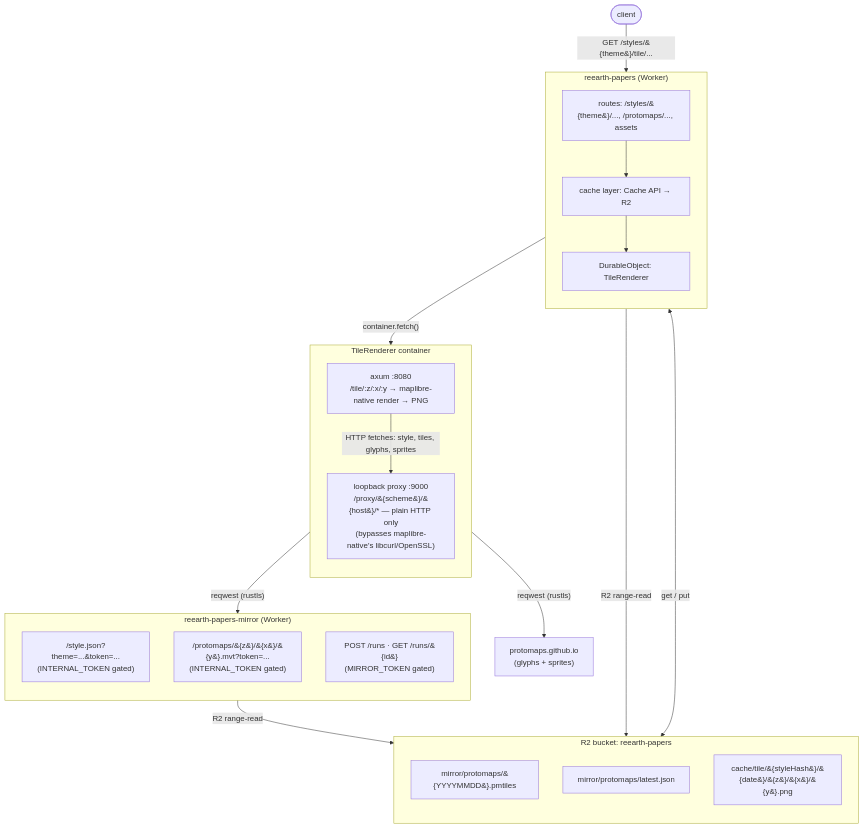
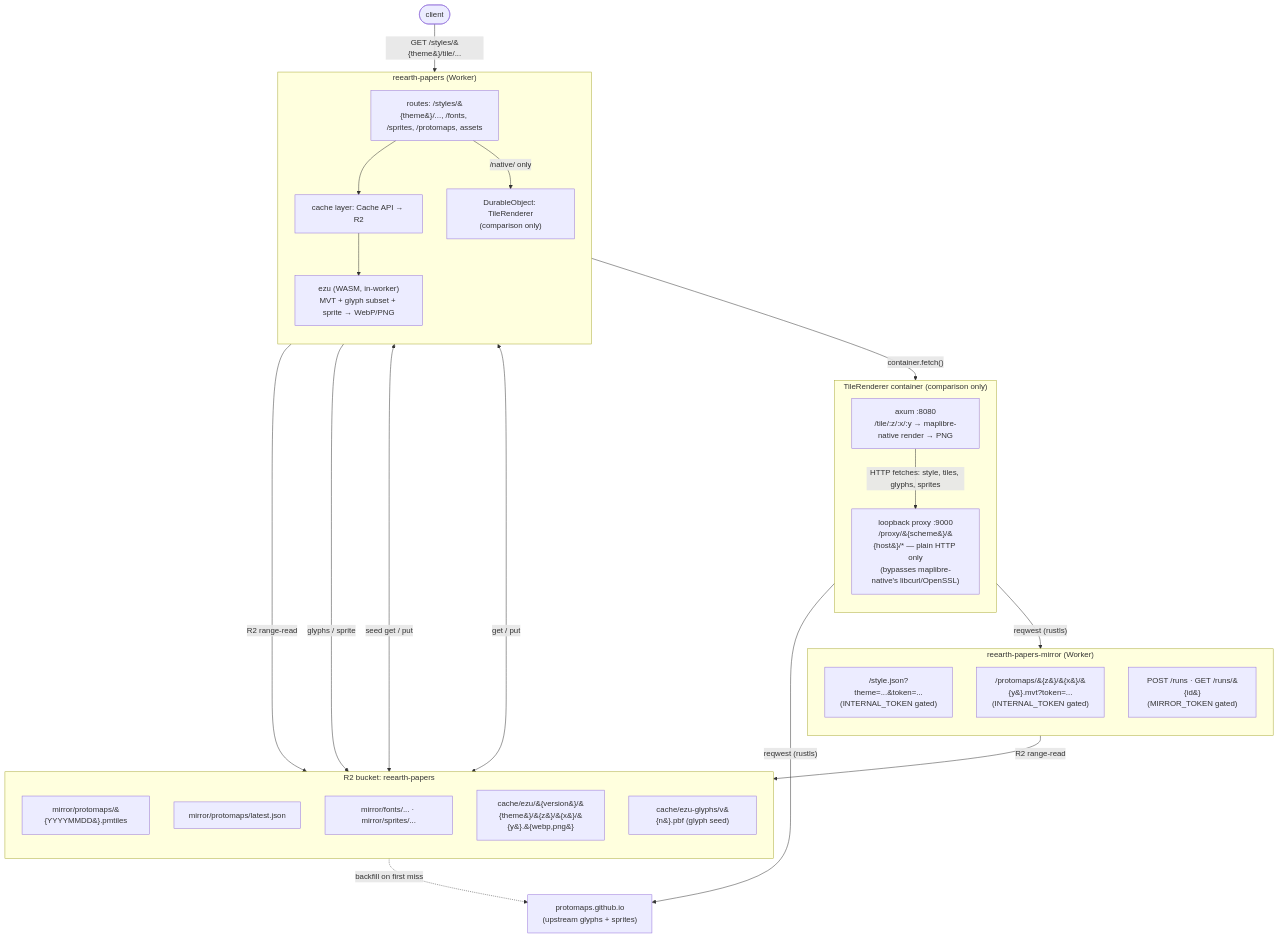
The diagram in CONTRIBUTING.md (reearth/reearth-papers), drawn with Mermaid before and after one commit. The commit also changed other lines of this file and 3 other files, not shown here.

First line of the commit message:
docs: bring the docs in line with the ezu-first cutover

````diff
--- a/CONTRIBUTING.md
+++ b/CONTRIBUTING.md
@@ -9,43 +9,50 @@
 ```mermaid
 flowchart TD
   client([client])
 
   subgraph main["reearth-papers (Worker)"]
     direction TB
-    main_routes["routes: /styles/&#123;theme&#125;/..., /protomaps/..., assets"]
+    main_routes["routes: /styles/&#123;theme&#125;/..., /fonts, /sprites, /protomaps, assets"]
+    ezu["ezu (WASM, in-worker)<br/>MVT + glyph subset + sprite → WebP/PNG"]
     cache["cache layer: Cache API → R2"]
-    do["DurableObject: TileRenderer"]
-    main_routes --> cache --> do
+    do["DurableObject: TileRenderer<br/>(comparison only)"]
+    main_routes --> cache --> ezu
+    main_routes -->|"/native/ only"| do
   end
 
-  subgraph container["TileRenderer container"]
+  subgraph container["TileRenderer container (comparison only)"]
     direction TB
     axum["axum :8080<br/>/tile/:z/:x/:y → maplibre-native render → PNG"]
     proxy["loopback proxy :9000<br/>/proxy/&#123;scheme&#125;/&#123;host&#125;/* — plain HTTP only<br/>(bypasses maplibre-native's libcurl/OpenSSL)"]
     axum -->|"HTTP fetches: style, tiles, glyphs, sprites"| proxy
   end
 
   subgraph mirror["reearth-papers-mirror (Worker)"]
     direction TB
     m_style["/style.json?theme=...&token=...<br/>(INTERNAL_TOKEN gated)"]
     m_v["/protomaps/&#123;z&#125;/&#123;x&#125;/&#123;y&#125;.mvt?token=...<br/>(INTERNAL_TOKEN gated)"]
     m_runs["POST /runs · GET /runs/&#123;id&#125;<br/>(MIRROR_TOKEN gated)"]
   end
 
   subgraph r2["R2 bucket: reearth-papers"]
     direction TB
     r2_archive["mirror/protomaps/&#123;YYYYMMDD&#125;.pmtiles"]
     r2_pointer["mirror/protomaps/latest.json"]
-    r2_cache["cache/tile/&#123;styleHash&#125;/&#123;date&#125;/&#123;z&#125;/&#123;x&#125;/&#123;y&#125;.png"]
+    r2_assets["mirror/fonts/... · mirror/sprites/..."]
+    r2_cache["cache/ezu/&#123;version&#125;/&#123;theme&#125;/&#123;z&#125;/&#123;x&#125;/&#123;y&#125;.&#123;webp,png&#125;"]
+    r2_seed["cache/ezu-glyphs/v&#123;n&#125;.pbf (glyph seed)"]
   end
 
-  pubcdn["protomaps.github.io<br/>(glyphs + sprites)"]
+  pubcdn["protomaps.github.io<br/>(upstream glyphs + sprites)"]
 
   client -->|"GET /styles/&#123;theme&#125;/tile/..."| main_routes
   do -->|"container.fetch()"| axum
   proxy -->|"reqwest (rustls)"| mirror
   proxy -->|"reqwest (rustls)"| pubcdn
-  main_routes -->|"R2 range-read"| r2_archive
+  ezu -->|"R2 range-read"| r2_archive
+  ezu -->|"glyphs / sprite"| r2_assets
+  ezu <-->|"seed get / put"| r2_seed
+  r2_assets -.->|"backfill on first miss"| pubcdn
   mirror -->|"R2 range-read"| r2_archive
   cache <-->|"get / put"| r2_cache
 ```
````
